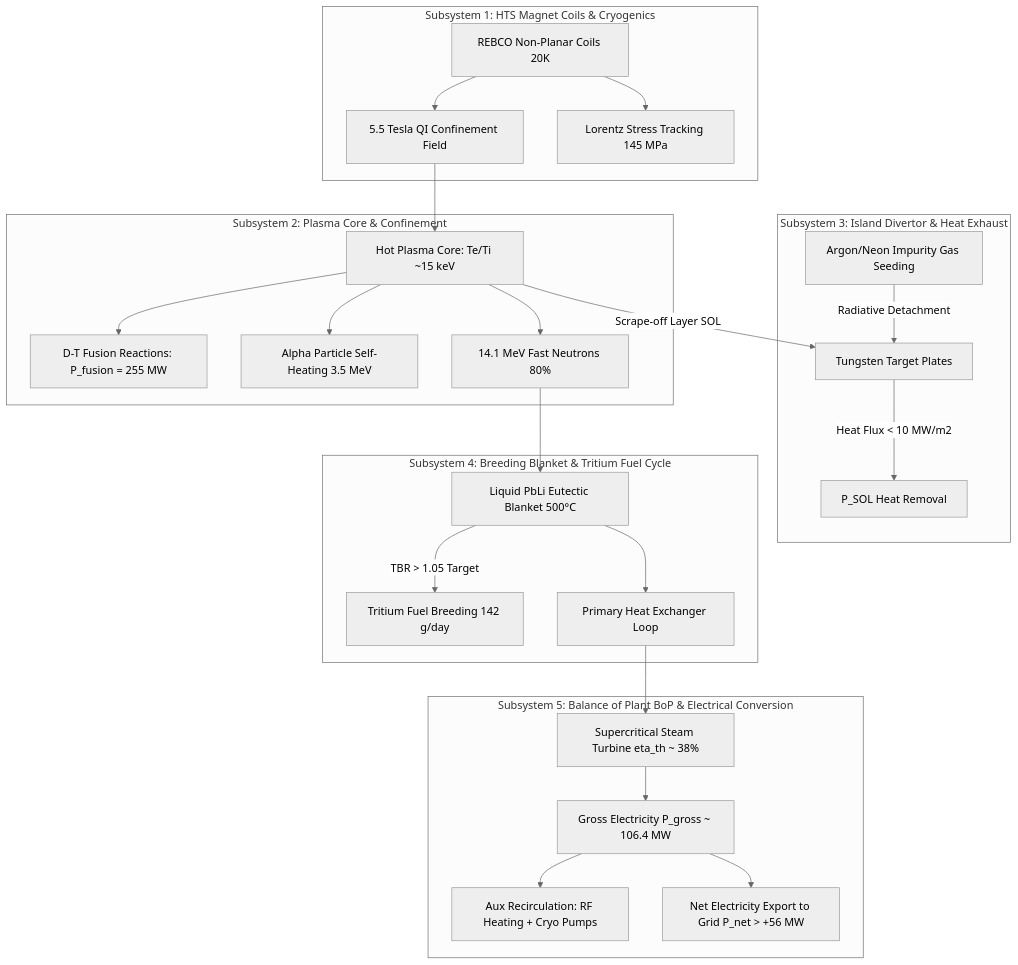
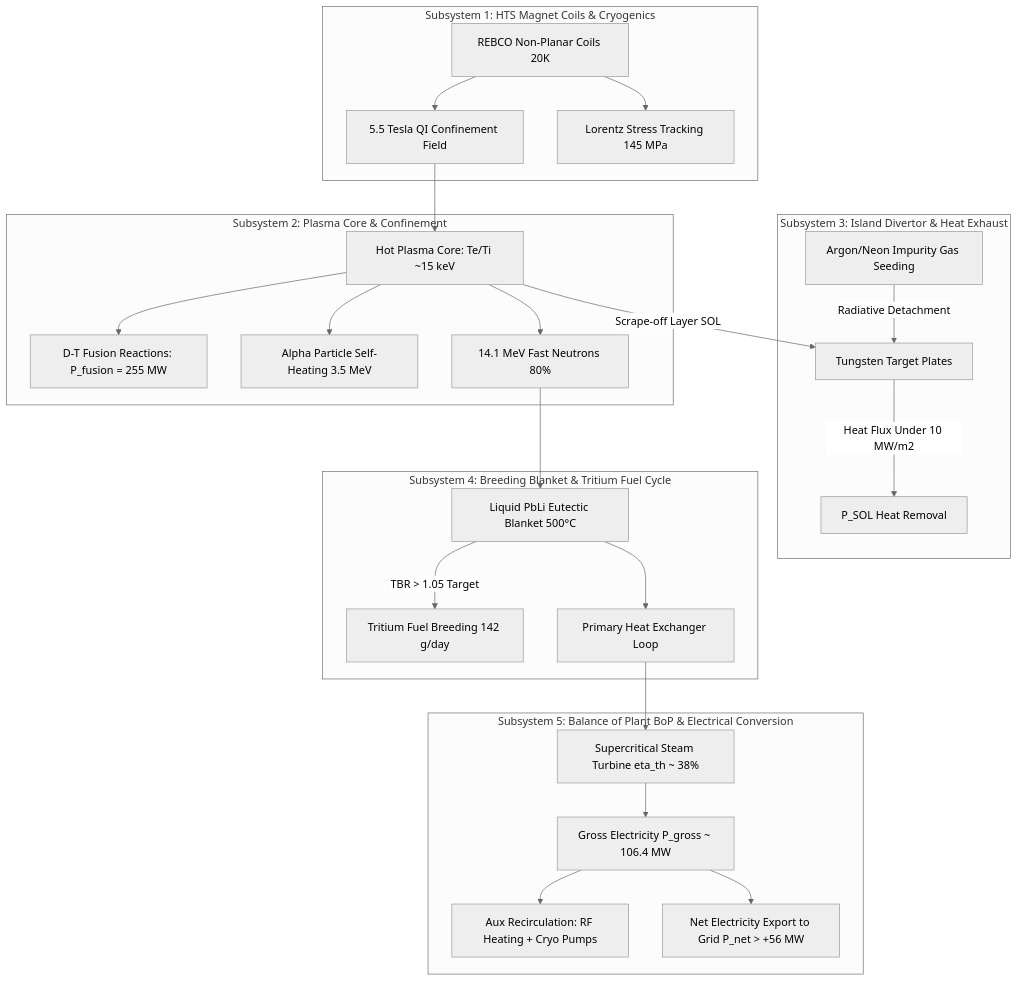
Before and after one commit to skhy-ai/tami-cama: the third of 9 diagrams in TUTORIAL.md, drawn with Mermaid (neutral theme). The commit also changed other lines of this file and 8 other files, not shown here.

````diff
--- a/TUTORIAL.md
+++ b/TUTORIAL.md
@@ -108,33 +108,33 @@
 ```mermaid
 graph TD
-    subgraph S1 [Subsystem 1: HTS Magnet Coils & Cryogenics]
-        Coils[REBCO Non-Planar Coils 20K] --> BField[5.5 Tesla QI Confinement Field]
-        Coils --> Stress[Lorentz Stress Tracking 145 MPa]
+    subgraph S1 ["Subsystem 1: HTS Magnet Coils & Cryogenics"]
+        Coils["REBCO Non-Planar Coils 20K"] --> BField["5.5 Tesla QI Confinement Field"]
+        Coils --> Stress["Lorentz Stress Tracking 145 MPa"]
     end
 
-    subgraph S2 [Subsystem 2: Plasma Core & Confinement]
-        BField --> Core[Hot Plasma Core: Te/Ti ~15 keV]
-        Core --> FusionReaction[D-T Fusion Reactions: P_fusion = 255 MW]
-        Core --> AlphaHeating[Alpha Particle Self-Heating 3.5 MeV]
-        Core --> NeutronRelease[14.1 MeV Fast Neutrons 80%]
+    subgraph S2 ["Subsystem 2: Plasma Core & Confinement"]
+        BField --> Core["Hot Plasma Core: Te/Ti ~15 keV"]
+        Core --> FusionReaction["D-T Fusion Reactions: P_fusion = 255 MW"]
+        Core --> AlphaHeating["Alpha Particle Self-Heating 3.5 MeV"]
+        Core --> NeutronRelease["14.1 MeV Fast Neutrons 80%"]
     end
 
-    subgraph S3 [Subsystem 3: Island Divertor & Heat Exhaust]
-        Core -->|Scrape-off Layer SOL| Divertor[Tungsten Target Plates]
-        Puff[Argon/Neon Impurity Gas Seeding] -->|Radiative Detachment| Divertor
-        Divertor -->|Heat Flux < 10 MW/m2| ThermalExhaust[P_SOL Heat Removal]
+    subgraph S3 ["Subsystem 3: Island Divertor & Heat Exhaust"]
+        Core -->|Scrape-off Layer SOL| Divertor["Tungsten Target Plates"]
+        Puff["Argon/Neon Impurity Gas Seeding"] -->|Radiative Detachment| Divertor
+        Divertor -->|Heat Flux Under 10 MW/m2| ThermalExhaust["P_SOL Heat Removal"]
     end
 
-    subgraph S4 [Subsystem 4: Breeding Blanket & Tritium Fuel Cycle]
-        NeutronRelease --> Blanket[Liquid PbLi Eutectic Blanket 500°C]
-        Blanket -->|TBR > 1.05 Target| TritiumExtract[Tritium Fuel Breeding 142 g/day]
-        Blanket --> HeatExchanger[Primary Heat Exchanger Loop]
+    subgraph S4 ["Subsystem 4: Breeding Blanket & Tritium Fuel Cycle"]
+        NeutronRelease --> Blanket["Liquid PbLi Eutectic Blanket 500°C"]
+        Blanket -->|TBR > 1.05 Target| TritiumExtract["Tritium Fuel Breeding 142 g/day"]
+        Blanket --> HeatExchanger["Primary Heat Exchanger Loop"]
     end
 
-    subgraph S5 [Subsystem 5: Balance of Plant BoP & Electrical Conversion]
-        HeatExchanger --> Turbine[Supercritical Steam Turbine eta_th ~ 38%]
-        Turbine --> GrossPower[Gross Electricity P_gross ~ 106.4 MW]
-        GrossPower --> RecircLoop[Aux Recirculation: RF Heating + Cryo Pumps]
-        GrossPower --> NetGrid[Net Electricity Export to Grid P_net > +56 MW]
+    subgraph S5 ["Subsystem 5: Balance of Plant BoP & Electrical Conversion"]
+        HeatExchanger --> Turbine["Supercritical Steam Turbine eta_th ~ 38%"]
+        Turbine --> GrossPower["Gross Electricity P_gross ~ 106.4 MW"]
+        GrossPower --> RecircLoop["Aux Recirculation: RF Heating + Cryo Pumps"]
+        GrossPower --> NetGrid["Net Electricity Export to Grid P_net > +56 MW"]
     end
 ```
````
